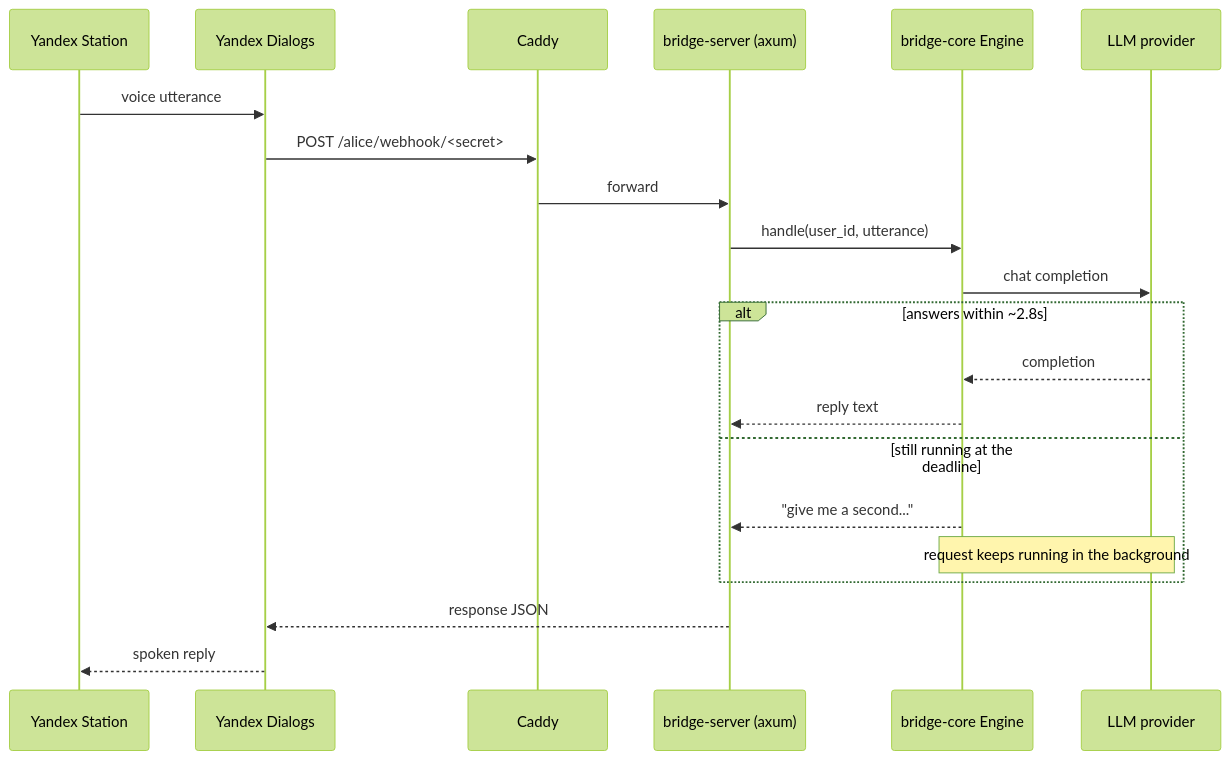
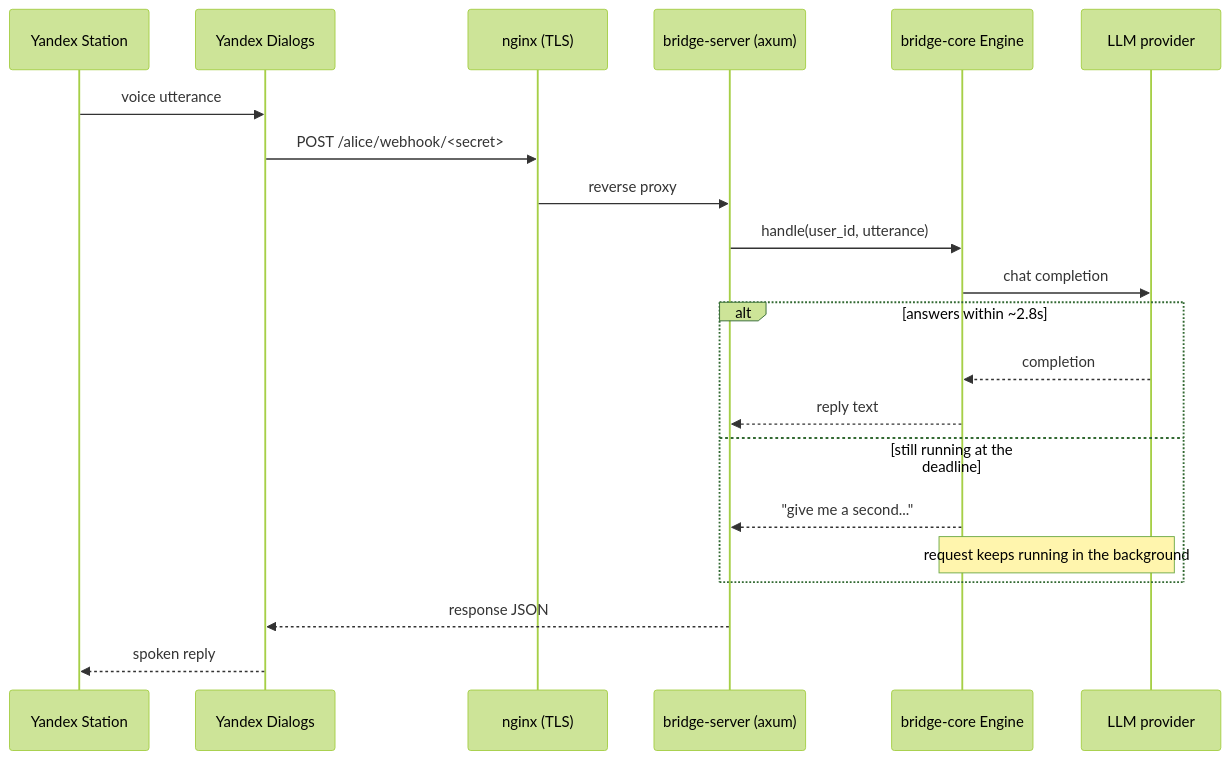
Before and after one commit to eluceon/alice-llm-bridge: the diagram in README.md, drawn with Mermaid (forest theme). The commit also changed other lines of this file and 10 other files, not shown here.

Commit message:
feat: add GHCR/SSH deploy pipeline, drop bundled reverse proxy

````diff
--- a/README.md
+++ b/README.md
@@ -36,24 +36,24 @@
 ```mermaid
 sequenceDiagram
     participant Station as Yandex Station
     participant Dialogs as Yandex Dialogs
-    participant Caddy
+    participant Nginx as nginx (TLS)
     participant Server as bridge-server (axum)
     participant Engine as bridge-core Engine
     participant LLM as LLM provider
 
     Station->>Dialogs: voice utterance
-    Dialogs->>Caddy: POST /alice/webhook/<secret>
-    Caddy->>Server: forward
+    Dialogs->>Nginx: POST /alice/webhook/<secret>
+    Nginx->>Server: reverse proxy
     Server->>Engine: handle(user_id, utterance)
     Engine->>LLM: chat completion
     alt answers within ~2.8s
         LLM-->>Engine: completion
         Engine-->>Server: reply text
     else still running at the deadline
         Engine-->>Server: "give me a second..."
         Note over Engine,LLM: request keeps running in the background
     end
     Server-->>Dialogs: response JSON
     Dialogs-->>Station: spoken reply
 ```
````
